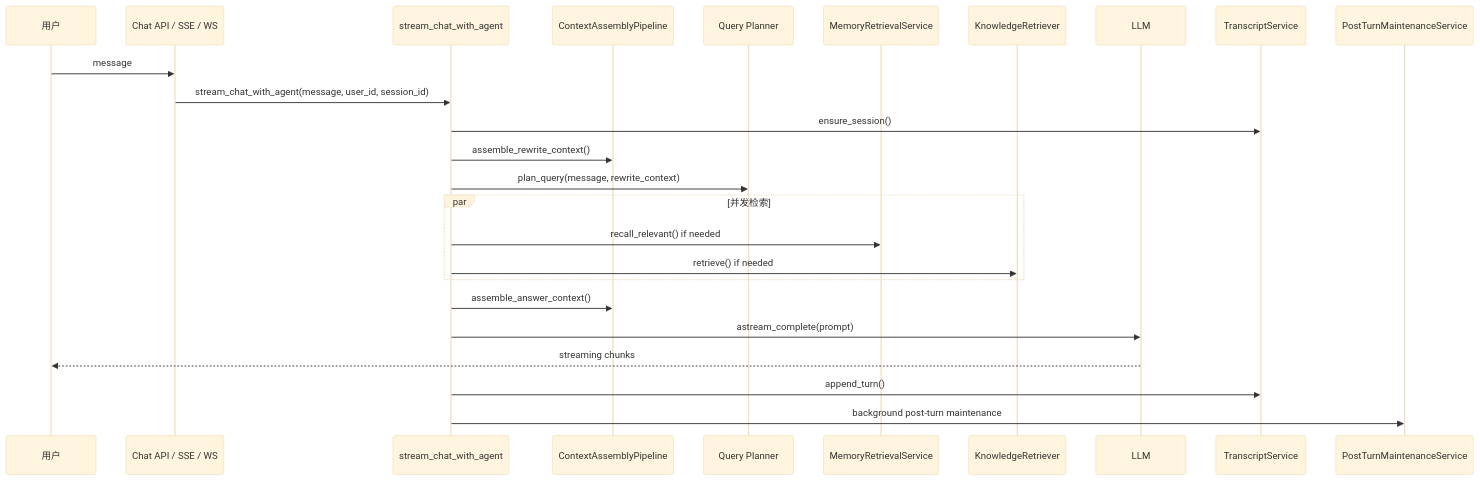
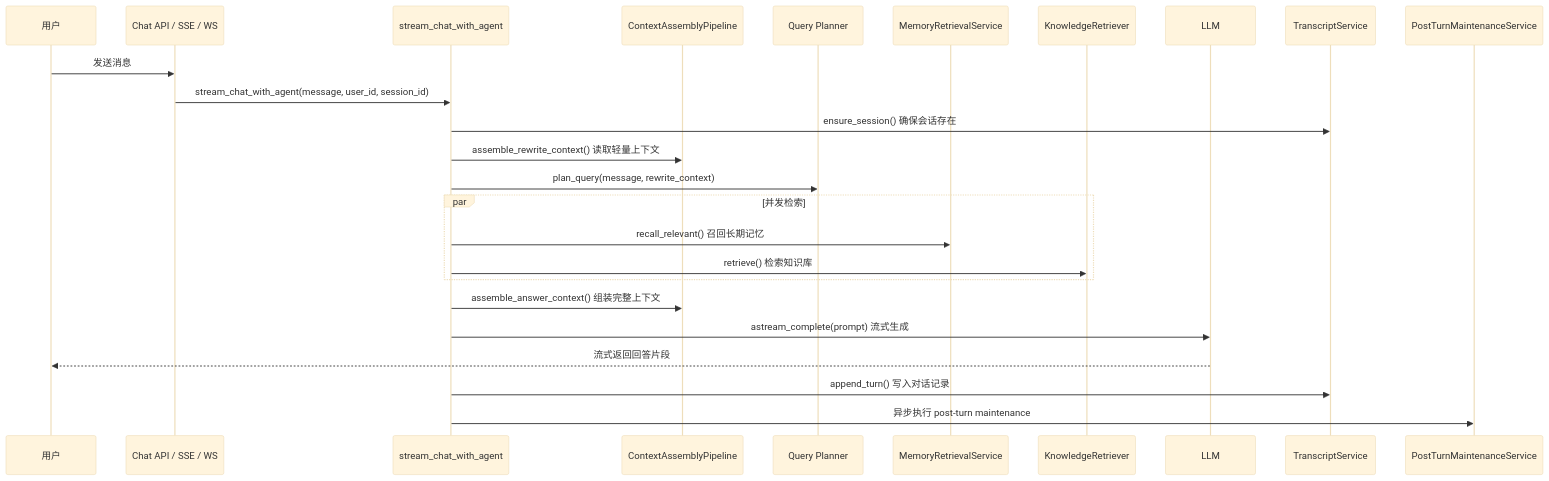
One commit to studyzhige-ui/Interview_Copilot changed the second of 10 diagrams in docs/PROJECT_DOCUMENTATION.md. Above: the diagram before and after it, drawn with Mermaid (base theme). The commit also changed other lines of this file and 111 other files, not shown here.

````diff
--- a/docs/PROJECT_DOCUMENTATION.md
+++ b/docs/PROJECT_DOCUMENTATION.md
@@ -246,28 +356,28 @@
 ```mermaid
 sequenceDiagram
     participant User as 用户
     participant API as Chat API / SSE / WS
     participant Exec as stream_chat_with_agent
     participant Context as ContextAssemblyPipeline
     participant Planner as Query Planner
     participant Memory as MemoryRetrievalService
     participant Knowledge as KnowledgeRetriever
     participant LLM as LLM
     participant Transcript as TranscriptService
     participant Maintenance as PostTurnMaintenanceService
 
-    User->>API: message
+    User->>API: 发送消息
     API->>Exec: stream_chat_with_agent(message, user_id, session_id)
-    Exec->>Transcript: ensure_session()
-    Exec->>Context: assemble_rewrite_context()
+    Exec->>Transcript: ensure_session() 确保会话存在
+    Exec->>Context: assemble_rewrite_context() 读取轻量上下文
     Exec->>Planner: plan_query(message, rewrite_context)
     par 并发检索
-        Exec->>Memory: recall_relevant() if needed
-        Exec->>Knowledge: retrieve() if needed
+        Exec->>Memory: recall_relevant() 召回长期记忆
+        Exec->>Knowledge: retrieve() 检索知识库
     end
-    Exec->>Context: assemble_answer_context()
-    Exec->>LLM: astream_complete(prompt)
-    LLM-->>User: streaming chunks
-    Exec->>Transcript: append_turn()
-    Exec->>Maintenance: background post-turn maintenance
+    Exec->>Context: assemble_answer_context() 组装完整上下文
+    Exec->>LLM: astream_complete(prompt) 流式生成
+    LLM-->>User: 流式返回回答片段
+    Exec->>Transcript: append_turn() 写入对话记录
+    Exec->>Maintenance: 异步执行 post-turn maintenance
 ```
````
